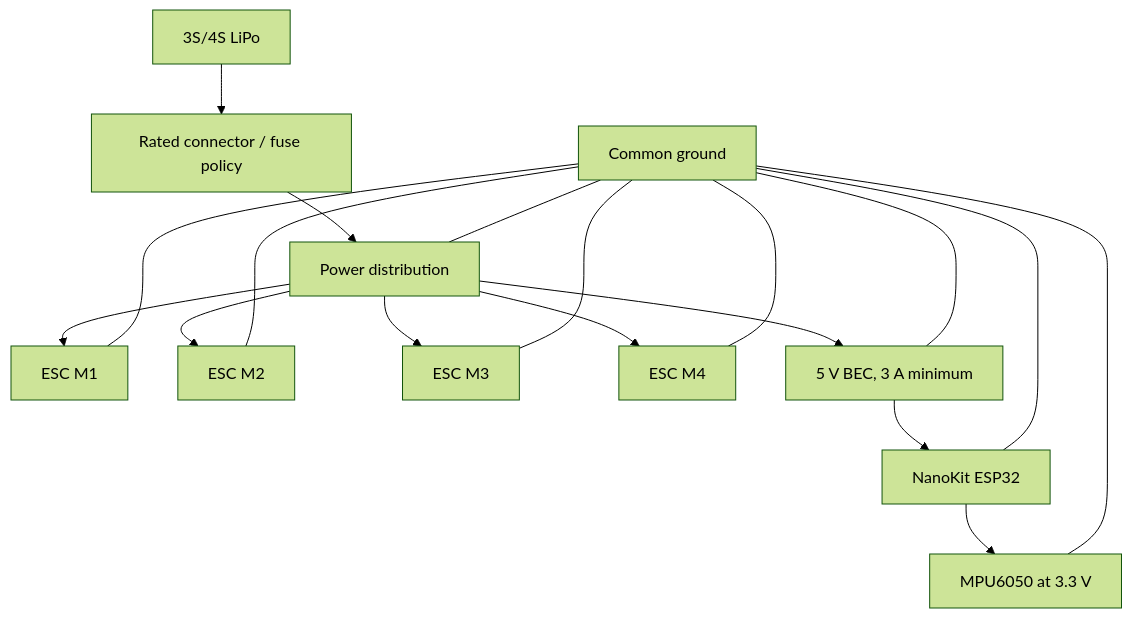
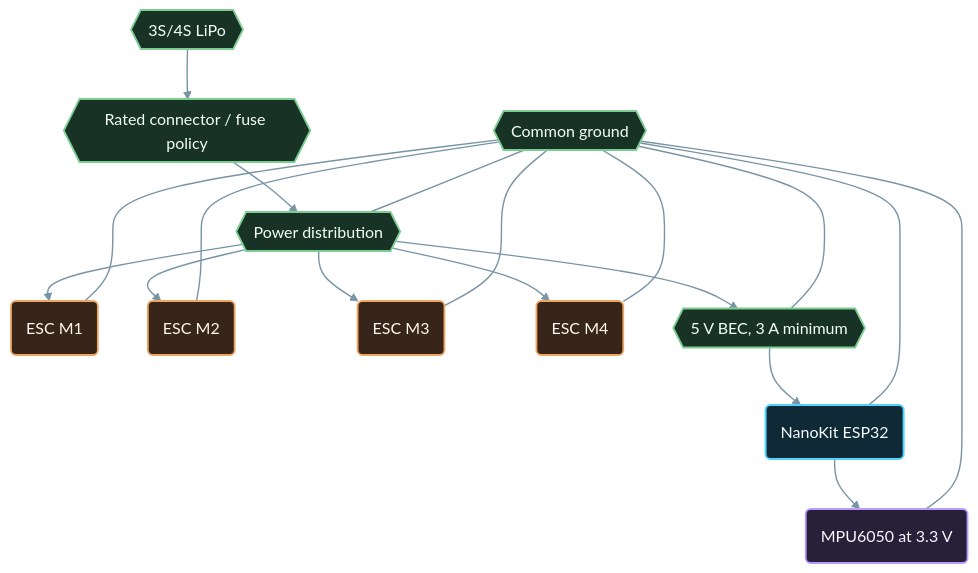
Before and after one commit to ProAmineOfficial/NanoKit-ESP32: the diagram in open_source_projects/nanokit_drone_4x_quadcopter/docs/Wiring.md, drawn with Mermaid (forest theme). The commit also changed 15 other files, not shown here.

Commit message:
docs: apply semantic Mermaid styling

````diff
--- a/open_source_projects/nanokit_drone_4x_quadcopter/docs/Wiring.md
+++ b/open_source_projects/nanokit_drone_4x_quadcopter/docs/Wiring.md
@@ -20,20 +20,30 @@
 ```mermaid
 flowchart TD
-  LIPO["3S/4S LiPo"] --> FUSE["Rated connector / fuse policy"]
-  FUSE --> PDB["Power distribution"]
-  PDB --> ESC1["ESC M1"]
-  PDB --> ESC2["ESC M2"]
-  PDB --> ESC3["ESC M3"]
-  PDB --> ESC4["ESC M4"]
-  PDB --> BEC["5 V BEC, 3 A minimum"]
-  BEC --> NK["NanoKit ESP32"]
-  NK --> IMU["MPU6050 at 3.3 V"]
-  GND["Common ground"] --- PDB
+  LIPO{{"3S/4S LiPo"}} --> FUSE{{"Rated connector / fuse policy"}}
+  FUSE --> PDB{{"Power distribution"}}
+  PDB --> ESC1("ESC M1")
+  PDB --> ESC2("ESC M2")
+  PDB --> ESC3("ESC M3")
+  PDB --> ESC4("ESC M4")
+  PDB --> BEC{{"5 V BEC, 3 A minimum"}}
+  BEC --> NK("NanoKit ESP32")
+  NK --> IMU("MPU6050 at 3.3 V")
+  GND{{"Common ground"}} --- PDB
   GND --- BEC
   GND --- NK
   GND --- IMU
   GND --- ESC1
   GND --- ESC2
   GND --- ESC3
   GND --- ESC4
+
+  classDef controller fill:#102936,stroke:#4dd4ff,stroke-width:2px,color:#f4fbff
+  classDef sensor fill:#282039,stroke:#b99bff,stroke-width:1.8px,color:#faf6ff
+  classDef power fill:#183326,stroke:#7ccd91,stroke-width:1.8px,color:#f4fff6
+  classDef actuator fill:#37251a,stroke:#f0a560,stroke-width:1.8px,color:#fff8ef
+  class NK controller
+  class IMU sensor
+  class LIPO,FUSE,PDB,BEC,GND power
+  class ESC1,ESC2,ESC3,ESC4 actuator
+  linkStyle default stroke:#7894a5,stroke-width:1.4px
 ```
````
